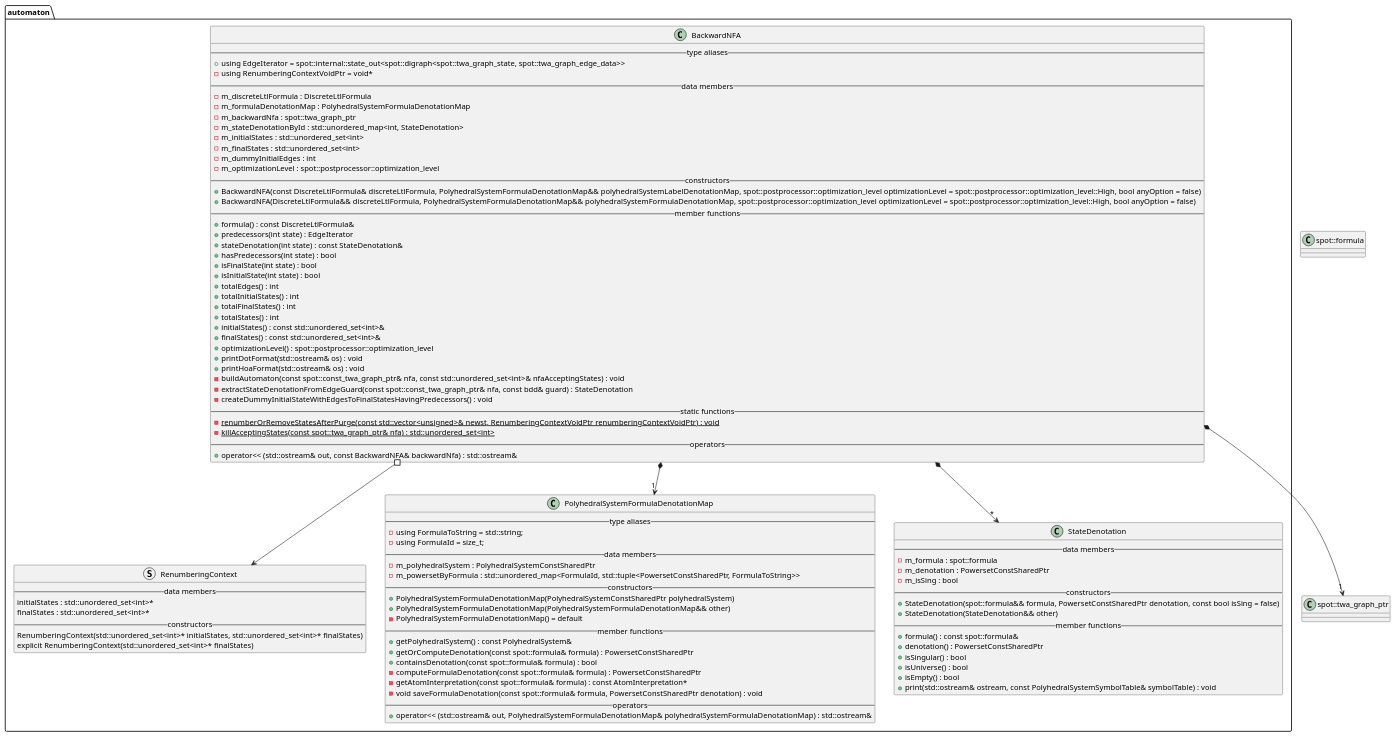
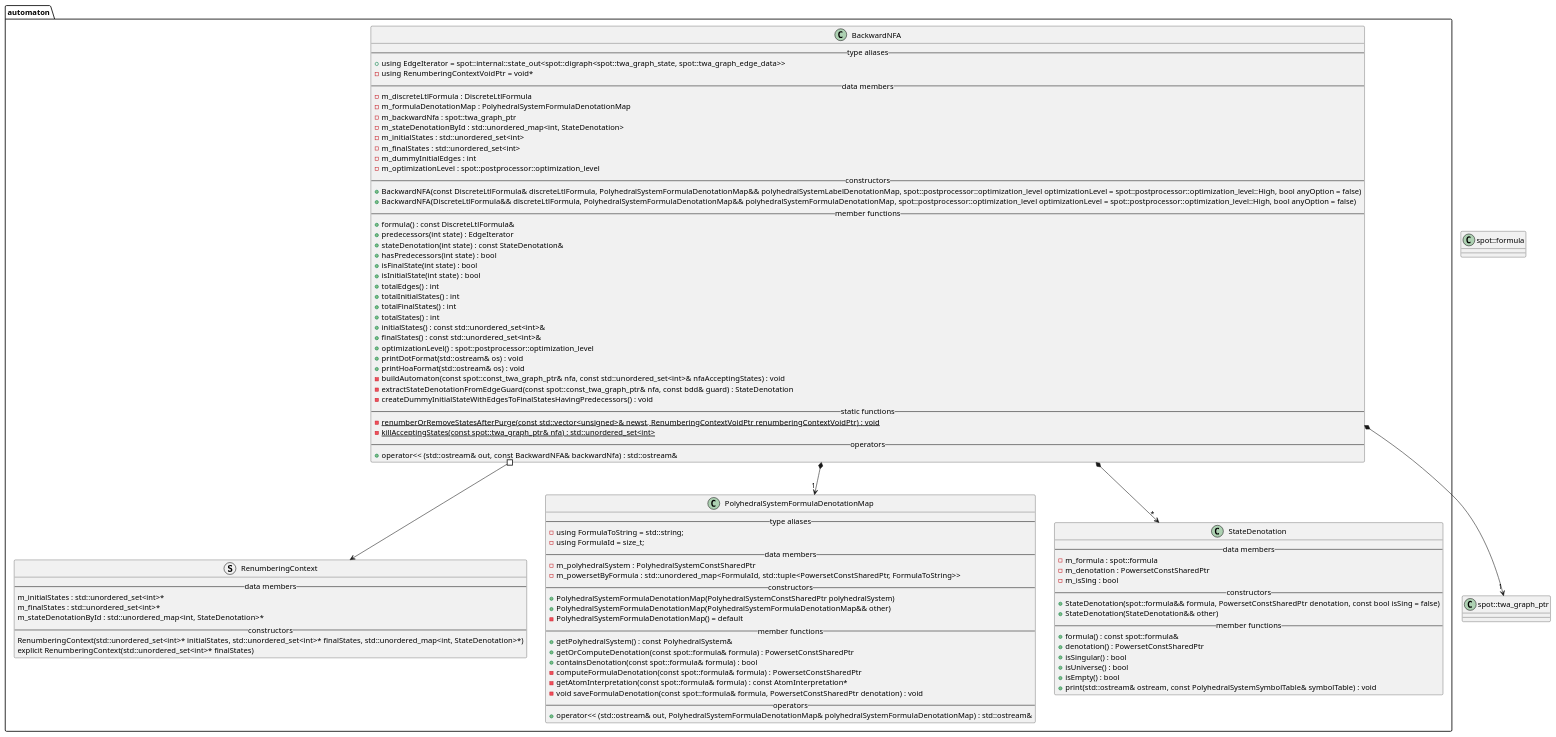
Before and after one commit to vtramo/rtl-mc: the diagram in docs/plantuml/automaton.puml, drawn with PlantUML. The commit also changed 2 other files, not shown here.

Commit message:
fix: renumber StateDenotation by state id map after spot purge
After calling purge_unreachable_states, it's necessary to renumber the m_stateDenotationById map, which stores state denotations indexed by state IDs. This step ensures that the map remains consistent with the updated state IDs after unreachable states are removed. This update was missed in the previous commit, so the renumbering functionality is now added to correctly handle this mapping post-purge.

```diff
--- a/docs/plantuml/automaton.puml
+++ b/docs/plantuml/automaton.puml
@@ -1,103 +1,104 @@
 @startuml
 
 /' Objects '/
 package automaton {
     class BackwardNFA {
         --type aliases--
         +using EdgeIterator = spot::internal::state_out<spot::digraph<spot::twa_graph_state, spot::twa_graph_edge_data>>
         -using RenumberingContextVoidPtr = void*
         --data members--
         -m_discreteLtlFormula : DiscreteLtlFormula
         -m_formulaDenotationMap : PolyhedralSystemFormulaDenotationMap
         -m_backwardNfa : spot::twa_graph_ptr
         -m_stateDenotationById : std::unordered_map<int, StateDenotation>
         -m_initialStates : std::unordered_set<int>
         -m_finalStates : std::unordered_set<int>
         -m_dummyInitialEdges : int
         -m_optimizationLevel : spot::postprocessor::optimization_level
         --constructors--
         +BackwardNFA(const DiscreteLtlFormula& discreteLtlFormula, PolyhedralSystemFormulaDenotationMap&& polyhedralSystemLabelDenotationMap, spot::postprocessor::optimization_level optimizationLevel = spot::postprocessor::optimization_level::High, bool anyOption = false)
         +BackwardNFA(DiscreteLtlFormula&& discreteLtlFormula, PolyhedralSystemFormulaDenotationMap&& polyhedralSystemFormulaDenotationMap, spot::postprocessor::optimization_level optimizationLevel = spot::postprocessor::optimization_level::High, bool anyOption = false)
         --member functions--
         +formula() : const DiscreteLtlFormula&
         +predecessors(int state) : EdgeIterator
         +stateDenotation(int state) : const StateDenotation&
         +hasPredecessors(int state) : bool
         +isFinalState(int state) : bool
         +isInitialState(int state) : bool
         +totalEdges() : int
         +totalInitialStates() : int
         +totalFinalStates() : int
         +totalStates() : int
         +initialStates() : const std::unordered_set<int>&
         +finalStates() : const std::unordered_set<int>&
         +optimizationLevel() : spot::postprocessor::optimization_level
         +printDotFormat(std::ostream& os) : void
         +printHoaFormat(std::ostream& os) : void
         -buildAutomaton(const spot::const_twa_graph_ptr& nfa, const std::unordered_set<int>& nfaAcceptingStates) : void
         -extractStateDenotationFromEdgeGuard(const spot::const_twa_graph_ptr& nfa, const bdd& guard) : StateDenotation
         -createDummyInitialStateWithEdgesToFinalStatesHavingPredecessors() : void
         --static functions--
         -{static} renumberOrRemoveStatesAfterPurge(const std::vector<unsigned>& newst, RenumberingContextVoidPtr renumberingContextVoidPtr) : void
         -{static} killAcceptingStates(const spot::twa_graph_ptr& nfa) : std::unordered_set<int>
         --operators--
         +operator<< (std::ostream& out, const BackwardNFA& backwardNfa) : std::ostream&
     }
 
     struct RenumberingContext {
         --data members--
-        initialStates : std::unordered_set<int>*
-        finalStates : std::unordered_set<int>*
+        m_initialStates : std::unordered_set<int>*
+        m_finalStates : std::unordered_set<int>*
+        m_stateDenotationById : std::unordered_map<int, StateDenotation>*
         --constructors--
-        RenumberingContext(std::unordered_set<int>* initialStates, std::unordered_set<int>* finalStates)
+        RenumberingContext(std::unordered_set<int>* initialStates, std::unordered_set<int>* finalStates, std::unordered_map<int, StateDenotation>*)
         explicit RenumberingContext(std::unordered_set<int>* finalStates)
     }
 
     class PolyhedralSystemFormulaDenotationMap {
         --type aliases--
         -using FormulaToString = std::string;
         -using FormulaId = size_t;
         --data members--
         -m_polyhedralSystem : PolyhedralSystemConstSharedPtr
         -m_powersetByFormula : std::unordered_map<FormulaId, std::tuple<PowersetConstSharedPtr, FormulaToString>>
         --constructors--
         +PolyhedralSystemFormulaDenotationMap(PolyhedralSystemConstSharedPtr polyhedralSystem)
         +PolyhedralSystemFormulaDenotationMap(PolyhedralSystemFormulaDenotationMap&& other)
         -PolyhedralSystemFormulaDenotationMap() = default
         --member functions--
         +getPolyhedralSystem() : const PolyhedralSystem&
         +getOrComputeDenotation(const spot::formula& formula) : PowersetConstSharedPtr
         +containsDenotation(const spot::formula& formula) : bool
         -computeFormulaDenotation(const spot::formula& formula) : PowersetConstSharedPtr
         -getAtomInterpretation(const spot::formula& formula) : const AtomInterpretation*
         -void saveFormulaDenotation(const spot::formula& formula, PowersetConstSharedPtr denotation) : void
         --operators--
         +operator<< (std::ostream& out, PolyhedralSystemFormulaDenotationMap& polyhedralSystemFormulaDenotationMap) : std::ostream&
     }
 
     class StateDenotation {
         --data members--
         -m_formula : spot::formula
         -m_denotation : PowersetConstSharedPtr
         -m_isSing : bool
         --constructors--
         +StateDenotation(spot::formula&& formula, PowersetConstSharedPtr denotation, const bool isSing = false)
         +StateDenotation(StateDenotation&& other)
         --member functions--
         +formula() : const spot::formula&
         +denotation() : PowersetConstSharedPtr
         +isSingular() : bool
         +isUniverse() : bool
         +isEmpty() : bool
         +print(std::ostream& ostream, const PolyhedralSystemSymbolTable& symbolTable) : void
     }
 }
 
 class spot::twa_graph_ptr {}
 class spot::formula {}
 
 BackwardNFA *--> "1" spot::twa_graph_ptr
 BackwardNFA *--> "1" PolyhedralSystemFormulaDenotationMap
 BackwardNFA *--> "*" StateDenotation
 BackwardNFA #--> RenumberingContext
 @enduml
```
